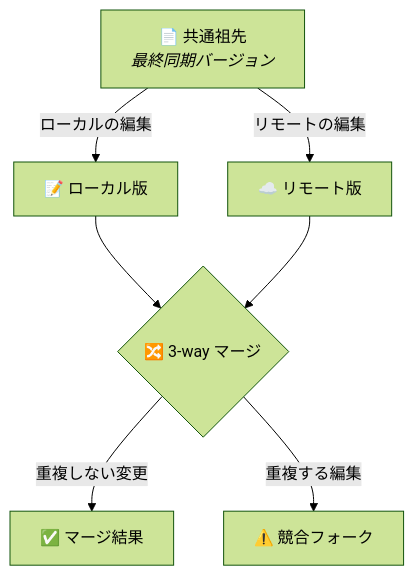
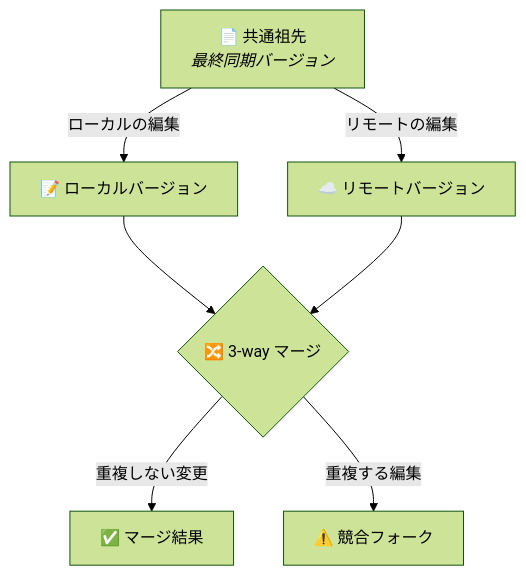
The third of 4 diagrams in README_ja.md (c-ardinal/obsidian-vault-sync), drawn with Mermaid (forest theme) before and after one commit. The commit also changed other lines of this file and 9 other files, not shown here.

````diff
--- a/README_ja.md
+++ b/README_ja.md
@@ -281,10 +281,10 @@
 ```mermaid
 graph TD
     A["📄 共通祖先<br/><i>最終同期バージョン</i>"]
-    A -->|"ローカルの編集"| B["📝 ローカル版"]
-    A -->|"リモートの編集"| C["☁️ リモート版"]
+    A -->|"ローカルの編集"| B["📝 ローカルバージョン"]
+    A -->|"リモートの編集"| C["☁️ リモートバージョン"]
     B --> D{"🔀 3-way マージ"}
     C --> D
     D -->|"重複しない変更"| E["✅ マージ結果"]
     D -->|"重複する編集"| F["⚠️ 競合フォーク"]
 ```
````
